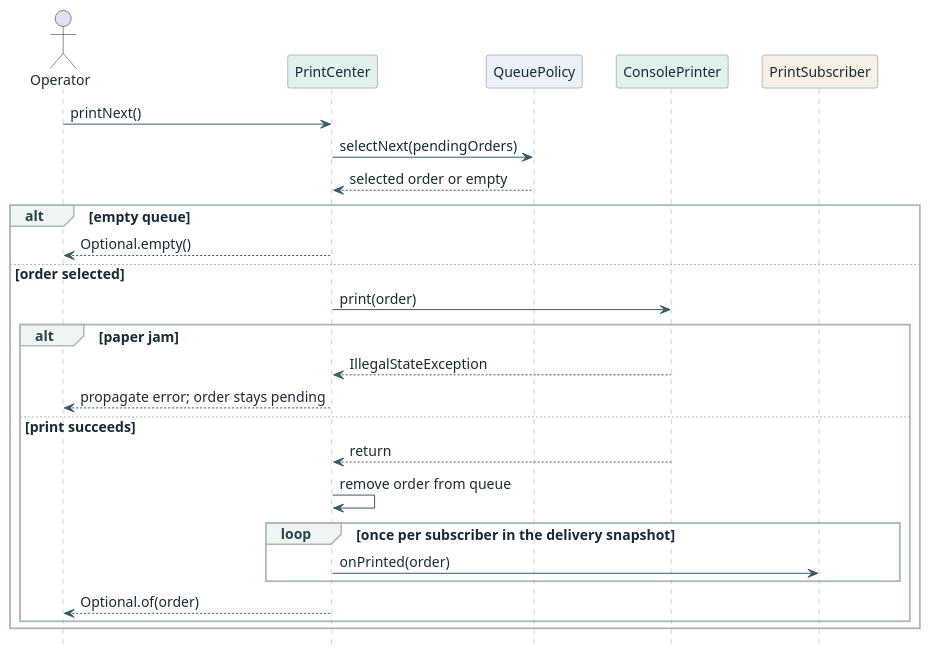
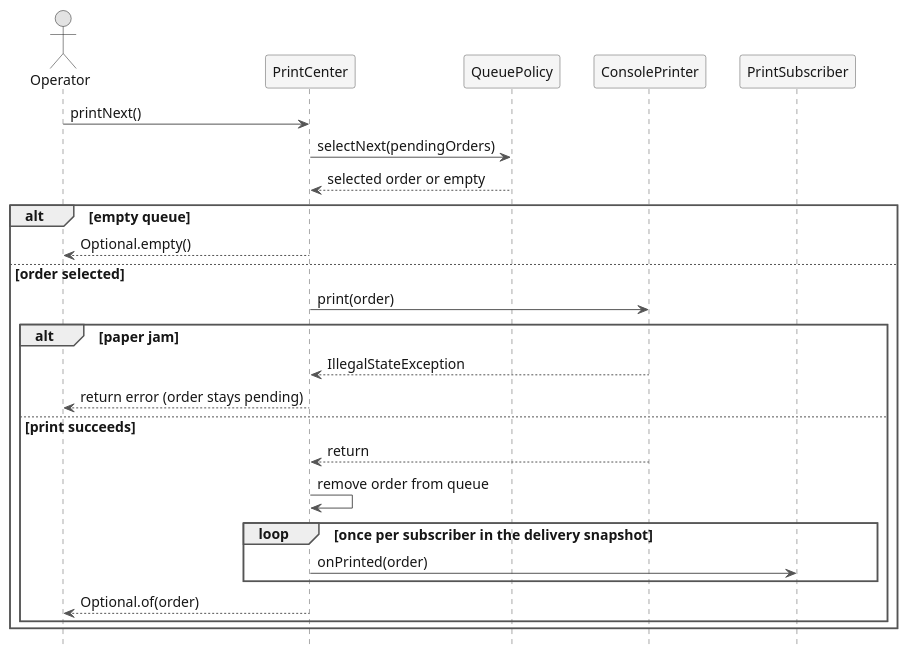
Before and after one commit to ChillyEz/SDP-FinalProject: the diagram in docs/uml/print-next.puml, drawn with PlantUML. The commit also changed 13 other files, not shown here.

```diff
--- a/docs/uml/print-next.puml
+++ b/docs/uml/print-next.puml
@@ -1,40 +1,41 @@
 @startuml
 skinparam backgroundColor #FFFFFF
 skinparam shadowing false
+skinparam monochrome true
 skinparam defaultFontName Arial
 skinparam defaultFontSize 14
-skinparam defaultFontColor #172B36
-skinparam sequenceArrowColor #355D66
-skinparam sequenceLifeLineBorderColor #96A9AD
-skinparam sequenceParticipantBorderColor #648089
-skinparam sequenceGroupBorderColor #A8B9BD
-skinparam sequenceGroupBackgroundColor #F0F5F4
-skinparam sequenceGroupHeaderFontColor #25464A
+skinparam defaultFontColor #161616
+skinparam sequenceArrowColor #555555
+skinparam sequenceLifeLineBorderColor #555555
+skinparam sequenceParticipantBorderColor #555555
+skinparam sequenceGroupBorderColor #555555
+skinparam sequenceGroupBackgroundColor #EEEEEE
+skinparam sequenceGroupHeaderFontColor #161616
 skinparam ParticipantPadding 12
 hide footbox
 actor Operator
-participant "PrintCenter" as Center #E1F2EE
-participant "QueuePolicy" as Policy #ECF0FC
-participant "ConsolePrinter" as Printer #E1F2EE
-participant "PrintSubscriber" as Subscriber #F8EFE5
+participant "PrintCenter" as Center #F5F5F5
+participant "QueuePolicy" as Policy #F5F5F5
+participant "ConsolePrinter" as Printer #F5F5F5
+participant "PrintSubscriber" as Subscriber #F5F5F5
 
 Operator -> Center : printNext()
 Center -> Policy : selectNext(pendingOrders)
 Policy --> Center : selected order or empty
 alt empty queue
     Center --> Operator : Optional.empty()
 else order selected
     Center -> Printer : print(order)
     alt paper jam
         Printer --> Center : IllegalStateException
-        Center --> Operator : propagate error; order stays pending
+        Center --> Operator : return error (order stays pending)
     else print succeeds
         Printer --> Center : return
         Center -> Center : remove order from queue
         loop once per subscriber in the delivery snapshot
             Center -> Subscriber : onPrinted(order)
         end
         Center --> Operator : Optional.of(order)
     end
 end
 @enduml
```
